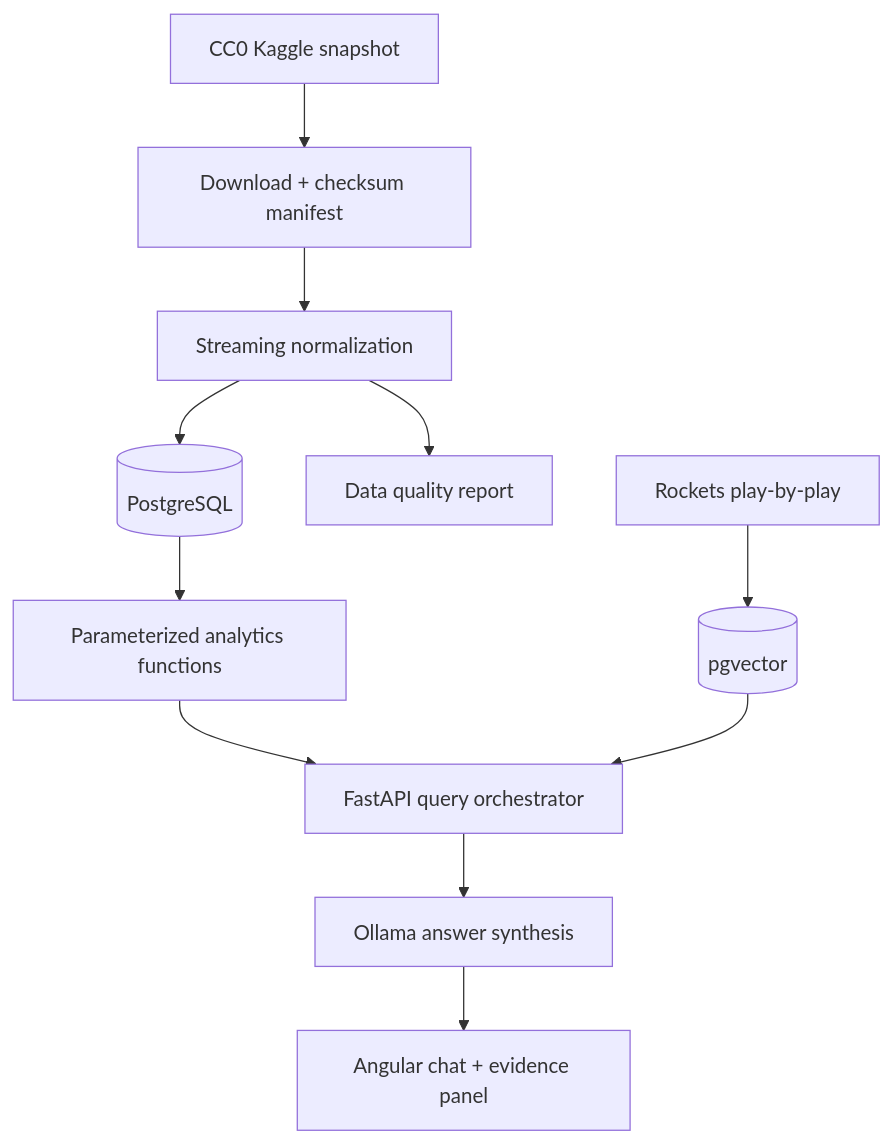
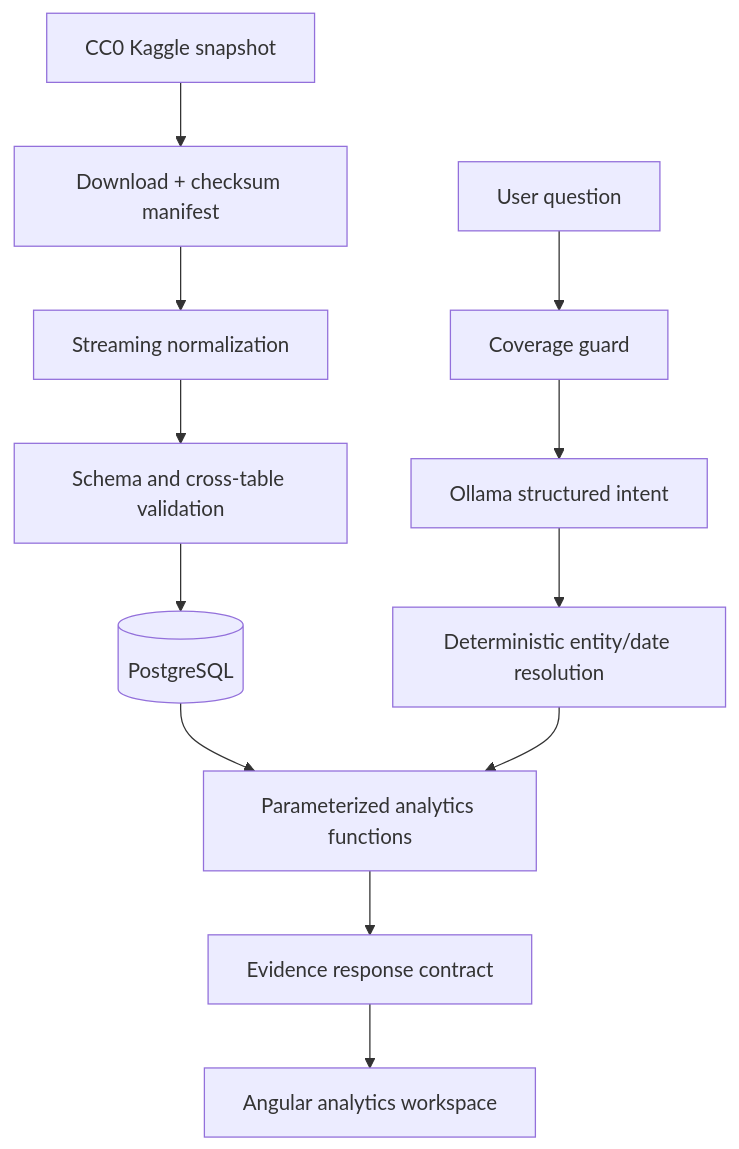
Before and after one commit to Nico71113/nba-rockets-ai-analytics: the diagram in docs/ARCHITECTURE.md, drawn with Mermaid. The commit also changed other lines of this file and 68 other files, not shown here.

Commit message:
Build evidence-grounded analytics application

````diff
--- a/docs/ARCHITECTURE.md
+++ b/docs/ARCHITECTURE.md
@@ -10,13 +11,14 @@
 ```mermaid
 flowchart TD
     A[CC0 Kaggle snapshot] --> B[Download + checksum manifest]
     B --> C[Streaming normalization]
-    C --> D[(PostgreSQL)]
-    C --> E[Data quality report]
-    D --> F[Parameterized analytics functions]
-    G[Rockets play-by-play] --> H[(pgvector)]
-    F --> I[FastAPI query orchestrator]
+    C --> D[Schema and cross-table validation]
+    D --> E[(PostgreSQL)]
+    Q[User question] --> F[Coverage guard]
+    F --> G[Ollama structured intent]
+    G --> H[Deterministic entity/date resolution]
+    E --> I[Parameterized analytics functions]
     H --> I
-    I --> J[Ollama answer synthesis]
-    J --> K[Angular chat + evidence panel]
+    I --> J[Evidence response contract]
+    J --> K[Angular analytics workspace]
 ```
````
